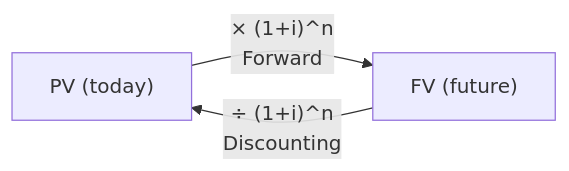
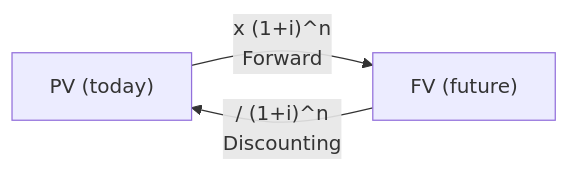
The third of 6 diagrams in docs/first-60-days/week-5/day-28.md (leotansingapore/aia-product-compass-hub), drawn with Mermaid before and after one commit. The commit also changed other lines of this file and 75 other files, not shown here.

````diff
--- a/docs/first-60-days/week-5/day-28.md
+++ b/docs/first-60-days/week-5/day-28.md
@@ -141,5 +141,5 @@
 ```mermaid
 flowchart LR
-    A["PV (today)"] -->|"× (1+i)^n<br/>Forward"| B["FV (future)"]
-    B -->|"÷ (1+i)^n<br/>Discounting"| A
+    A["PV (today)"] -->|"x (1+i)^n<br/>Forward"| B["FV (future)"]
+    B -->|"/ (1+i)^n<br/>Discounting"| A
 ```
````
